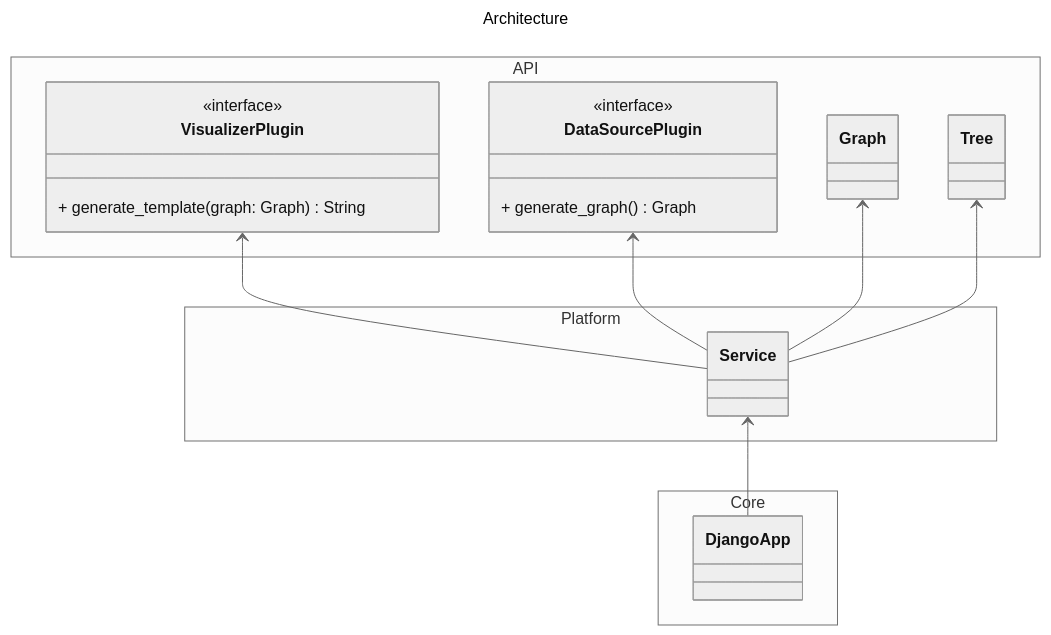
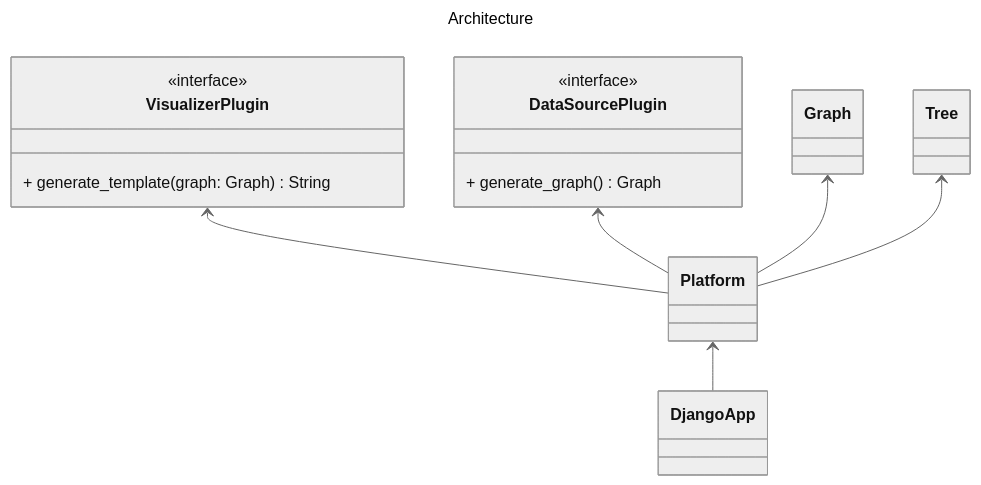
Before and after one commit to trami25/Graph-Visualizer: the first of 2 diagrams in README.md, drawn with Mermaid (neutral theme).

Commit message:
docs: remove namespaces

````diff
--- a/README.md
+++ b/README.md
@@ -18,32 +18,26 @@
 ```mermaid
 ---
 title: Architecture
 ---
 classDiagram
-    namespace API {
-        class Graph
-        class Tree
-        class VisualizerPlugin {
-            <<interface>>
-            + generate_template(graph: Graph) String
-        }
-        class DataSourcePlugin {
-            <<interface>>
-            + generate_graph() Graph
-        }
+    class Graph
+    class Tree
+    class VisualizerPlugin {
+        <<interface>>
+        + generate_template(graph: Graph) String
     }
+    class DataSourcePlugin {
+        <<interface>>
+        + generate_graph() Graph
+    }
+
+    class Platform
+
+    class DjangoApp
     
-    namespace Platform {
-        class Service
-    }
-    
-    namespace Core {
-        class DjangoApp
-    }
-    
-    VisualizerPlugin <-- Service
-    DataSourcePlugin <-- Service
-    Graph <-- Service
-    Tree <-- Service
-    Service <-- DjangoApp
+    VisualizerPlugin <-- Platform
+    DataSourcePlugin <-- Platform
+    Graph <-- Platform
+    Tree <-- Platform
+    Platform <-- DjangoApp
 ```
````
